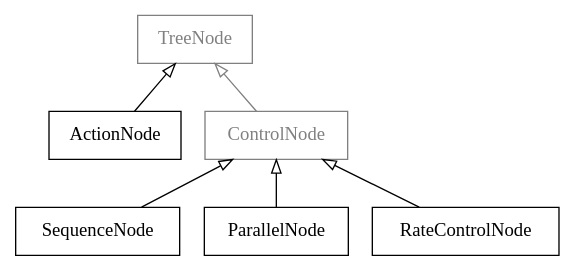
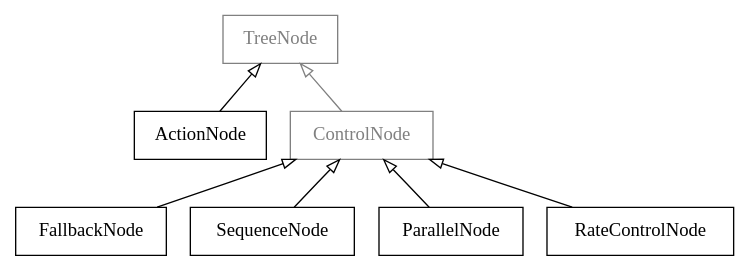
One commit to careBT/carebt_core changed the diagram in docs/api/overview.rst. Above: the diagram before and after it, drawn with Graphviz. The commit also changed 4 other files, not shown here.

Commit message:
add FallbackNode

```diff
--- a/docs/api/overview.rst
+++ b/docs/api/overview.rst
@@ -7,18 +7,20 @@
 .. graphviz::
 
    digraph foo {
 
       TreeNode [shape=box, color="grey", fontcolor="grey", label="TreeNode"];
       ActionNode [shape=box, label="ActionNode"];
       ControlNode [shape=box, color="grey", fontcolor="grey", label="ControlNode"];
-        
+
+      FallbackNode [shape=box, label="FallbackNode"];  
       SequenceNode [shape=box, label="SequenceNode"];
       ParallelNode [shape=box, label="ParallelNode"];
       RateControlNode [shape=box, label="RateControlNode"];
         
       TreeNode -> ActionNode [arrowtail = onormal, dir = back];
       TreeNode -> ControlNode [arrowtail = onormal, dir = back, color="grey"];
+      ControlNode -> FallbackNode [arrowtail = onormal, dir = back];
       ControlNode -> SequenceNode [arrowtail = onormal, dir = back];
       ControlNode -> ParallelNode [arrowtail = onormal, dir = back];
       ControlNode -> RateControlNode [arrowtail = onormal, dir = back];
    }
```
